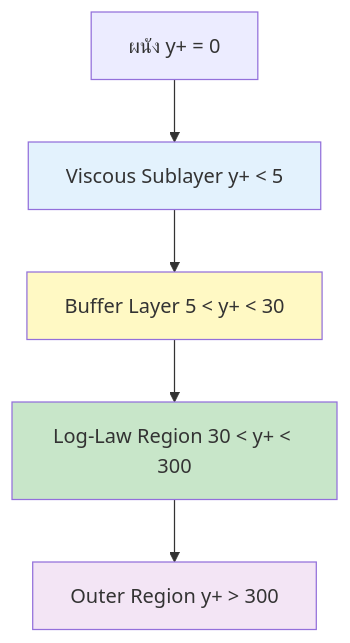
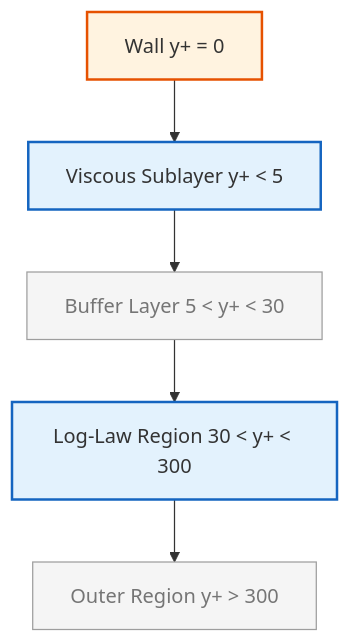
Before and after one commit to wramet/build-my-cfd: the first of 3 diagrams in MODULE_03_SINGLE_PHASE_FLOW/CONTENT/03_TURBULENCE_MODELING/03_Wall_Treatment.md, drawn with Mermaid. The commit also changed other lines of this file and 313 other files, not shown here.

Commit message:
Revise all diagram

````diff
--- a/MODULE_03_SINGLE_PHASE_FLOW/CONTENT/03_TURBULENCE_MODELING/03_Wall_Treatment.md
+++ b/MODULE_03_SINGLE_PHASE_FLOW/CONTENT/03_TURBULENCE_MODELING/03_Wall_Treatment.md
@@ -32,12 +32,15 @@
 ```mermaid
 flowchart TD
-    A[ผนัง y+ = 0] --> B[Viscous Sublayer y+ < 5]
-    B --> C[Buffer Layer 5 < y+ < 30]
-    C --> D[Log-Law Region 30 < y+ < 300]
-    D --> E[Outer Region y+ > 300]
+%% Classes
+classDef explicit fill:#fff3e0,stroke:#e65100,stroke-width:2px;
+classDef implicit fill:#e3f2fd,stroke:#1565c0,stroke-width:2px;
+classDef context fill:#f5f5f5,stroke:#9e9e9e,stroke-width:1px,color:#757575;
+%% Nodes
+A[Wall y+ = 0]:::explicit
+B[Viscous Sublayer y+ < 5]:::implicit
+C[Buffer Layer 5 < y+ < 30]:::context
+D[Log-Law Region 30 < y+ < 300]:::implicit
+E[Outer Region y+ > 300]:::context
 
-    style B fill:#e3f2fd
-    style C fill:#fff9c4
-    style D fill:#c8e6c9
-    style E fill:#f3e5f5
+A --> B --> C --> D --> E
 ```
````
